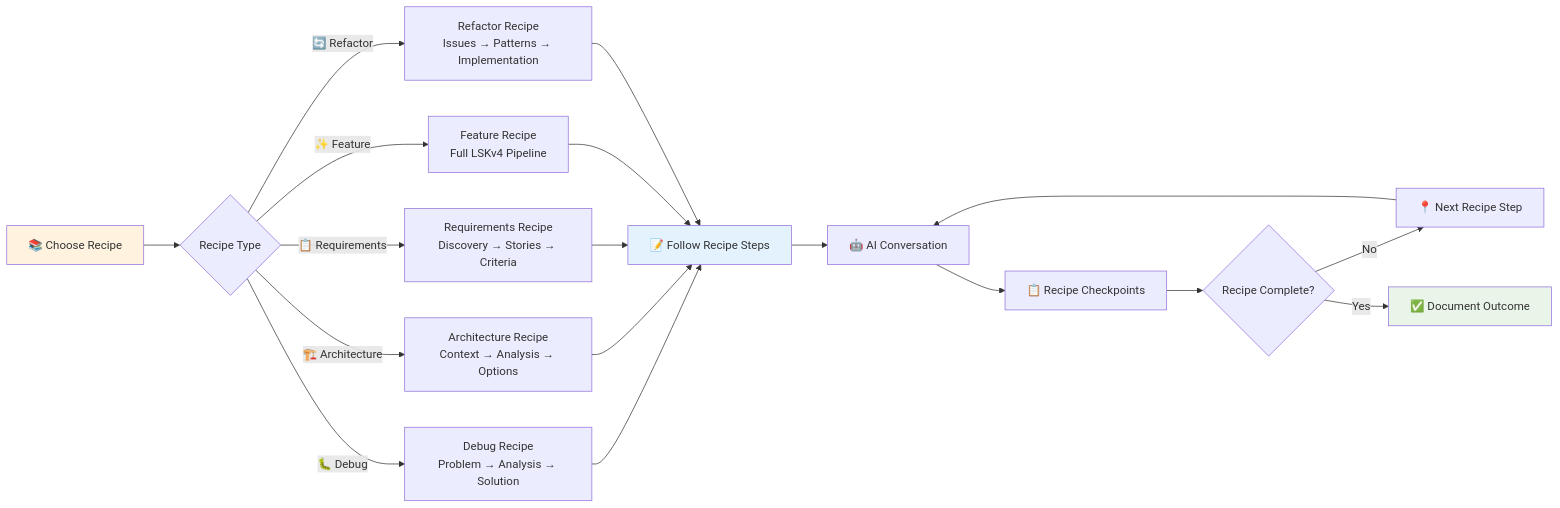
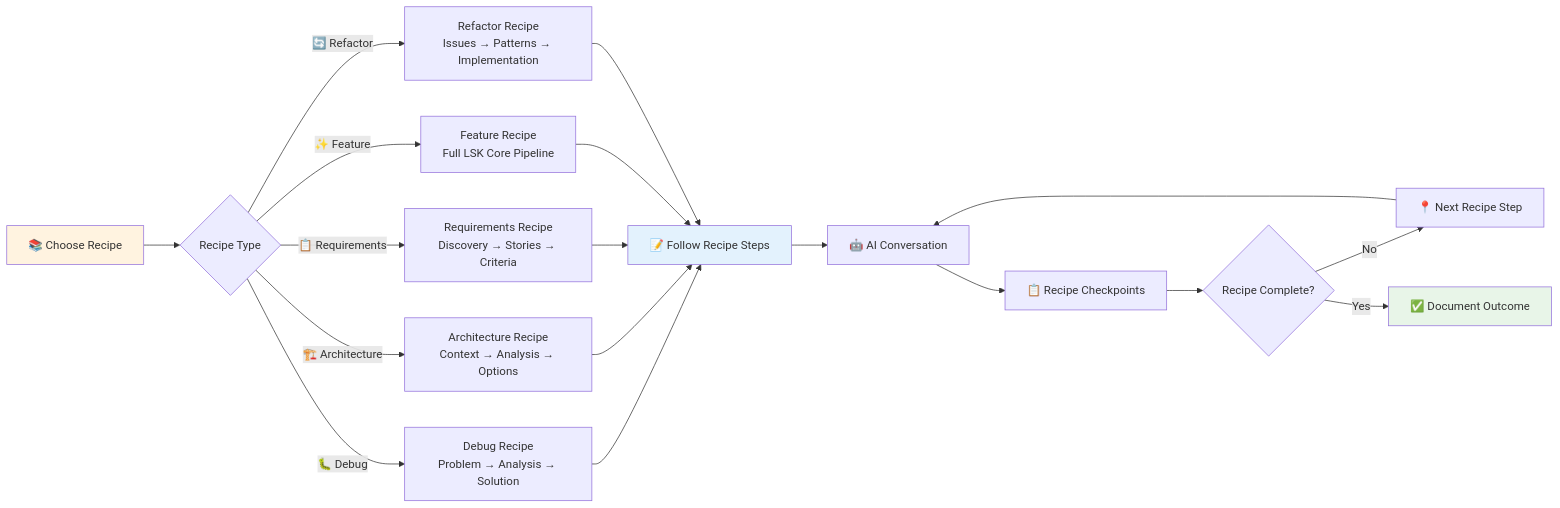
Before and after one commit to languageseed/lsk: the fifth of 9 diagrams in lsk_core_v1.0.0/core/templates/workflows.md, drawn with Mermaid. The commit also changed other lines of this file and 27 other files, not shown here.

First line of the commit message:
Rebaseline to LSK Core v1.0.0 for public release

````diff
--- a/lsk_core_v1.0.0/core/templates/workflows.md
+++ b/lsk_core_v1.0.0/core/templates/workflows.md
@@ -115,26 +115,26 @@
 ```mermaid
 graph LR
     A["📚 Choose Recipe"] --> B{Recipe Type}
     B -->|🐛 Debug| C["Debug Recipe<br/>Problem → Analysis → Solution"]
     B -->|🏗️ Architecture| D["Architecture Recipe<br/>Context → Analysis → Options"]
     B -->|📋 Requirements| E["Requirements Recipe<br/>Discovery → Stories → Criteria"]
-    B -->|✨ Feature| F["Feature Recipe<br/>Full LSKv4 Pipeline"]
+    B -->|✨ Feature| F["Feature Recipe<br/>Full LSK Core Pipeline"]
     B -->|🔄 Refactor| G["Refactor Recipe<br/>Issues → Patterns → Implementation"]
     
     C --> H["📝 Follow Recipe Steps"]
     D --> H
     E --> H
     F --> H
     G --> H
     
     H --> I["🤖 AI Conversation"]
     I --> J["📋 Recipe Checkpoints"]
     J --> K{Recipe Complete?}
     K -->|No| L["📍 Next Recipe Step"]
     K -->|Yes| M["✅ Document Outcome"]
     L --> I
     
     style A fill:#fff3e0
     style H fill:#e3f2fd
     style M fill:#e8f5e8
 ```
````
